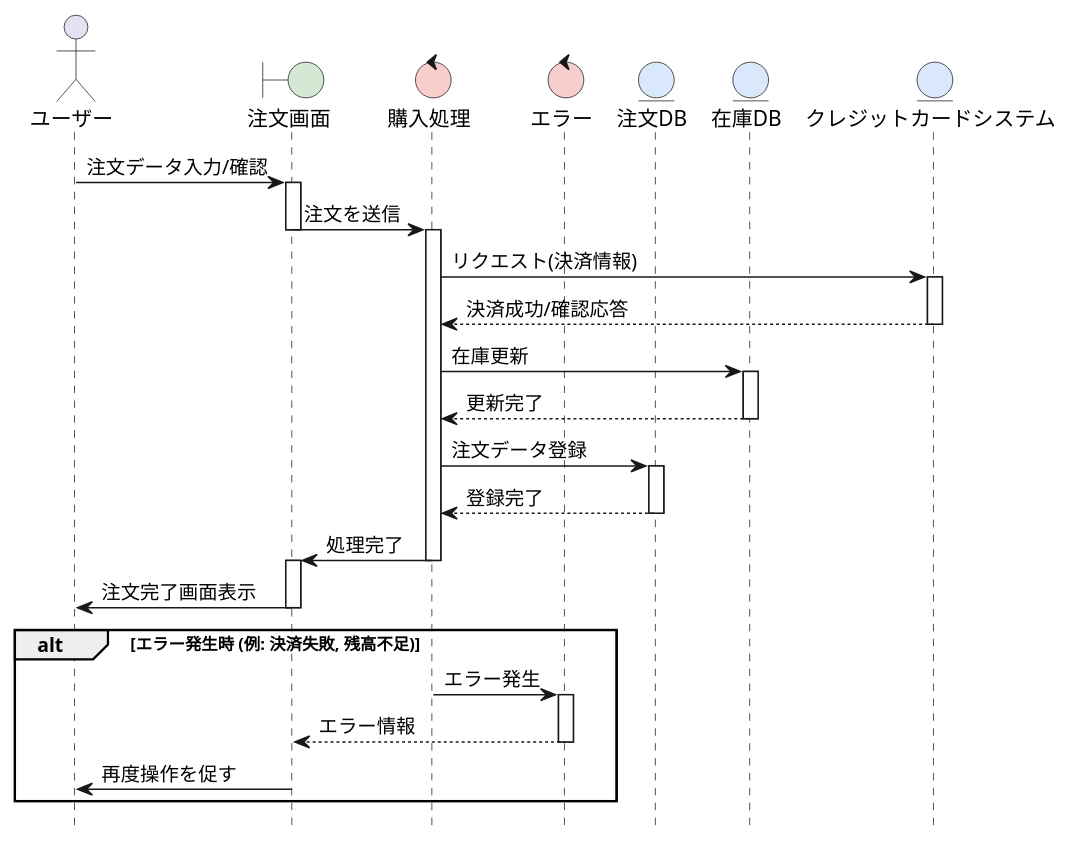
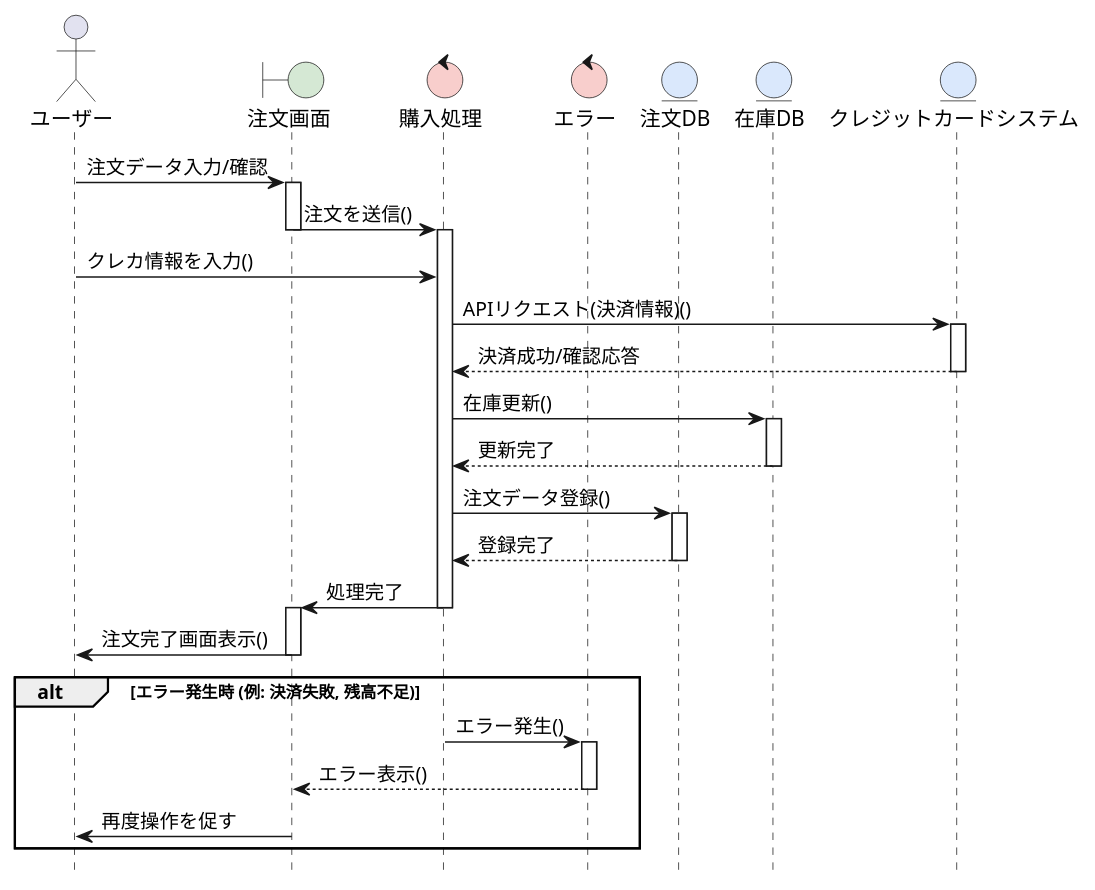
One commit to 2459384Hayashi/ohara_uml changed the diagram in group/BB（商品管理システム）/BB（商品管理システム）/sequence.pu. Above: the diagram before and after it, drawn with PlantUML. The commit also changed 7 other files, not shown here.

```diff
--- a/group/BB（商品管理システム）/BB（商品管理システム）/sequence.pu
+++ b/group/BB（商品管理システム）/BB（商品管理システム）/sequence.pu
@@ -1,60 +1,62 @@
 @startuml 注文管理システム-購入・注文シーケンス図
 hide footbox
 skinparam boundaryBackgroundColor #D5E8D4
 skinparam controlBackgroundColor  #F8CECC
 skinparam entityBackgroundColor   #DAE8FC
 
 ' 定義されたオブジェクト (データフロー図に基づく)
 actor ユーザー as User
 boundary 注文画面 as OrderScreen
 control 購入処理 as PurchaseProcess
 control エラー as ErrorHandler 
 entity 注文DB as OrderDB
 entity 在庫DB as InventoryDB
 entity クレジットカードシステム as CreditCardSystem 
 
 ' 1. ユーザーが注文を確定
 User -> OrderScreen: 注文データ入力/確認
 activate OrderScreen
 
 ' 2. 注文を処理へ
-OrderScreen -> PurchaseProcess: 注文を送信
+OrderScreen -> PurchaseProcess: 注文を送信()
 deactivate OrderScreen
 activate PurchaseProcess
 
+User -> PurchaseProcess: クレカ情報を入力()
+
 ' 3. 支払いリクエスト
-PurchaseProcess -> CreditCardSystem: リクエスト(決済情報)
+PurchaseProcess -> CreditCardSystem: APIリクエスト(決済情報)()
 activate CreditCardSystem
 CreditCardSystem --> PurchaseProcess: 決済成功/確認応答
 deactivate CreditCardSystem
 
 ' 4. 在庫の更新
-PurchaseProcess -> InventoryDB: 在庫更新
+PurchaseProcess -> InventoryDB: 在庫更新()
 activate InventoryDB
 InventoryDB --> PurchaseProcess: 更新完了
 deactivate InventoryDB
 
 ' 5. 注文データの登録
-PurchaseProcess -> OrderDB: 注文データ登録
+PurchaseProcess -> OrderDB: 注文データ登録()
 activate OrderDB
 OrderDB --> PurchaseProcess: 登録完了
 deactivate OrderDB
 
 ' 6. 処理結果を画面へ
 PurchaseProcess -> OrderScreen: 処理完了
 deactivate PurchaseProcess
 activate OrderScreen
 
-OrderScreen -> User: 注文完了画面表示
+OrderScreen -> User: 注文完了画面表示()
 deactivate OrderScreen
 
 ' --- エラー発生時の処理 (Alt/Elseブロックで表現可能だが、シンプルにフローとして追加) ---
 alt エラー発生時 (例: 決済失敗, 残高不足)
-    PurchaseProcess -> ErrorHandler: エラー発生
+    PurchaseProcess -> ErrorHandler: エラー発生()
     activate ErrorHandler
-    ErrorHandler --> OrderScreen: エラー情報
+    ErrorHandler --> OrderScreen: エラー表示()
     deactivate ErrorHandler
     OrderScreen -> User: 再度操作を促す
 end
 
 @enduml
```
